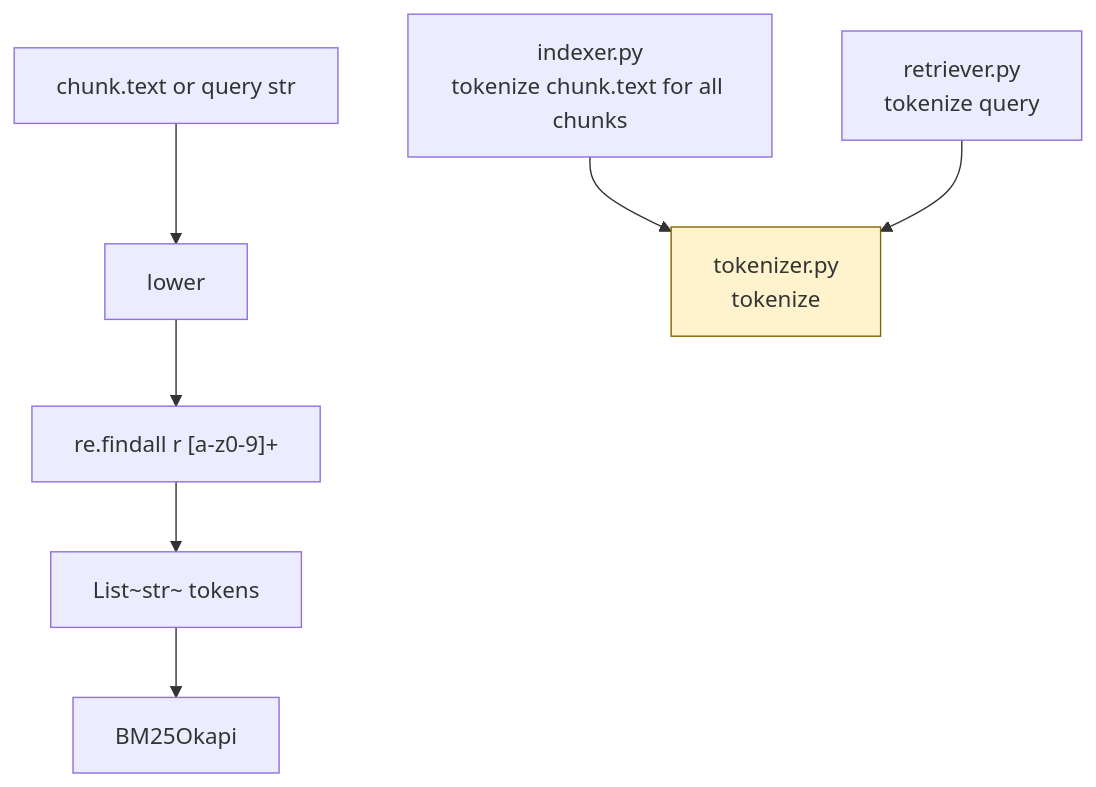
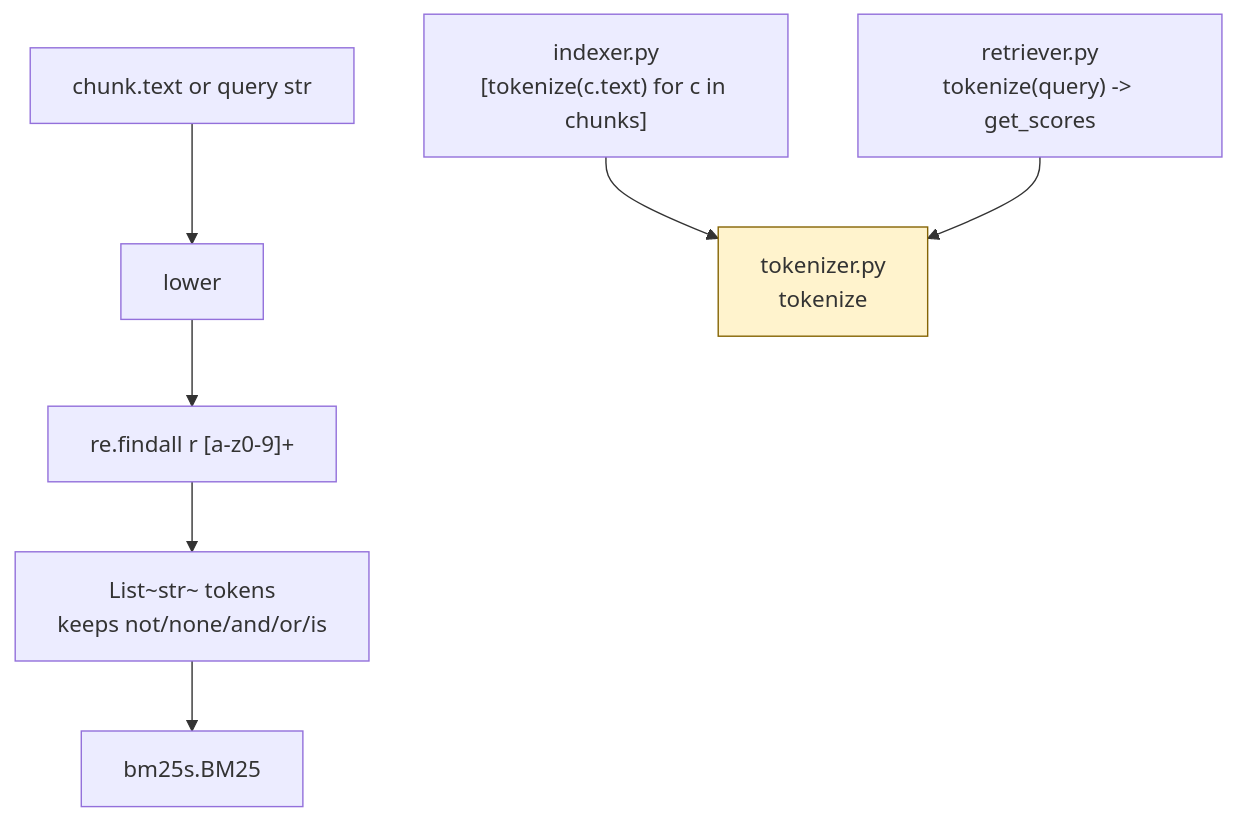
One commit to Yahyaoui7/42_RAG changed the diagram in docs/architecture/tokenizer.md. Above: the diagram before and after it, drawn with Mermaid. The commit also changed other lines of this file and 14 other files, not shown here.

Commit message:
tokenize the chunk and index them and save them    them i create the main function as enterpoint use the fire library to take the first index argument to build all what did said before in this commit

````diff
--- a/docs/architecture/tokenizer.md
+++ b/docs/architecture/tokenizer.md
@@ -9,13 +13,13 @@
 ```mermaid
 graph TD
     TEXT["chunk.text or query str"] --> LOWER["lower"]
     LOWER --> REGEX["re.findall r [a-z0-9]+"]
-    REGEX --> TOKENS["List~str~ tokens"]
-    TOKENS --> BM25["BM25Okapi"]
+    REGEX --> TOKENS["List~str~ tokens<br/>keeps not/none/and/or/is"]
+    TOKENS --> BM25["bm25s.BM25"]
 
-    IDX["indexer.py<br/>tokenize chunk.text for all chunks"] --> TOK
-    RET["retriever.py<br/>tokenize query"] --> TOK
+    IDX["indexer.py<br/>[tokenize(c.text) for c in chunks]"] --> TOK
+    RET["retriever.py<br/>tokenize(query) -> get_scores"] --> TOK
     TOK["tokenizer.py<br/>tokenize"]
 
     style TOK fill:#fff3cd,stroke:#856404
 ```
````
